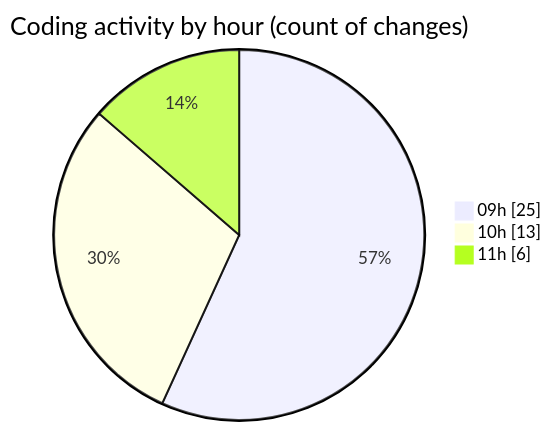
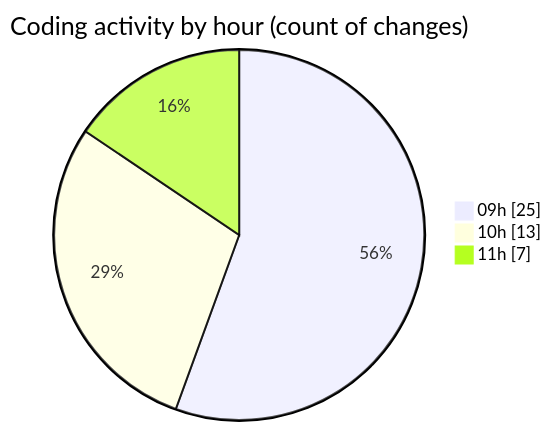
Before and after one commit to momahboobian/code-tracking: the second of 2 diagrams in 2025-05-07/cda/README.md, drawn with Mermaid. The commit also changed other lines of this file and 1 other file, not shown here.

````diff
--- a/2025-05-07/cda/README.md
+++ b/2025-05-07/cda/README.md
@@ -56,7 +57,7 @@
 ```mermaid
 pie showData
 title Coding activity by hour (count of changes)
 "09h" : 25
 "10h" : 13
-"11h" : 6
+"11h" : 7
 ```
````
